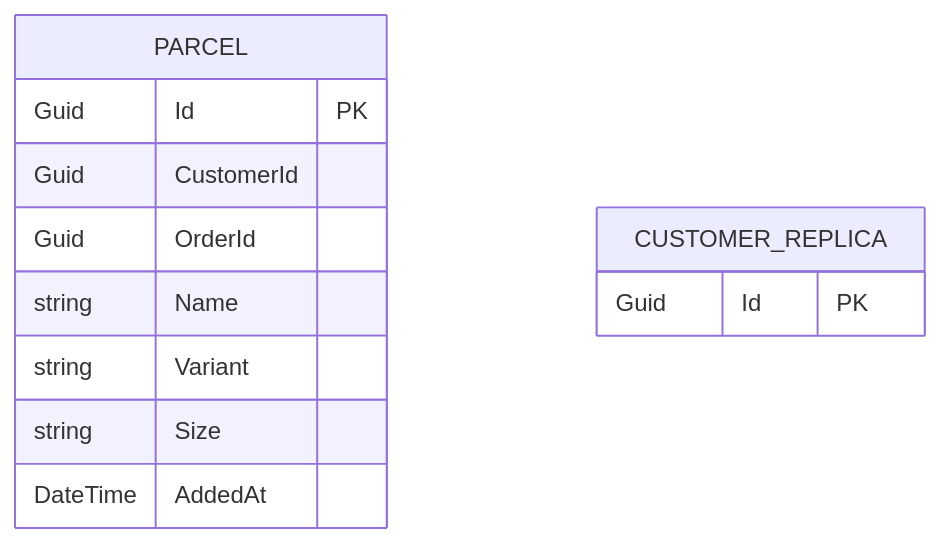
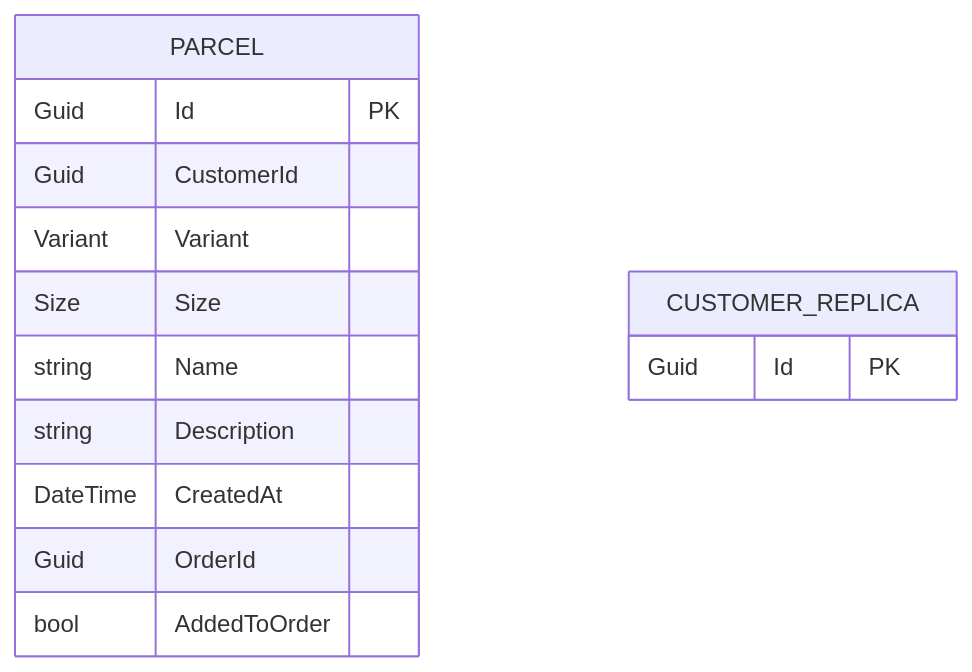
Diagram 19 of 22 in docs/architecture-inventory/architecture-views.md (hianshul100/Pacco.Context), drawn with Mermaid before and after one commit. The commit also changed other lines of this file, not shown here.

First line of the commit message:
docs(architecture-views): correct saga flow, message counts and ER fields

````diff
--- a/docs/architecture-inventory/architecture-views.md
+++ b/docs/architecture-inventory/architecture-views.md
@@ -1038,15 +1132,17 @@
 ```mermaid
 erDiagram
     PARCEL {
         Guid Id PK
         Guid CustomerId
+        Variant Variant
+        Size Size
+        string Name
+        string Description
+        DateTime CreatedAt
         Guid OrderId
-        string Name
-        string Variant
-        string Size
-        DateTime AddedAt
+        bool AddedToOrder
     }
     CUSTOMER_REPLICA {
         Guid Id PK
     }
 ```
````
